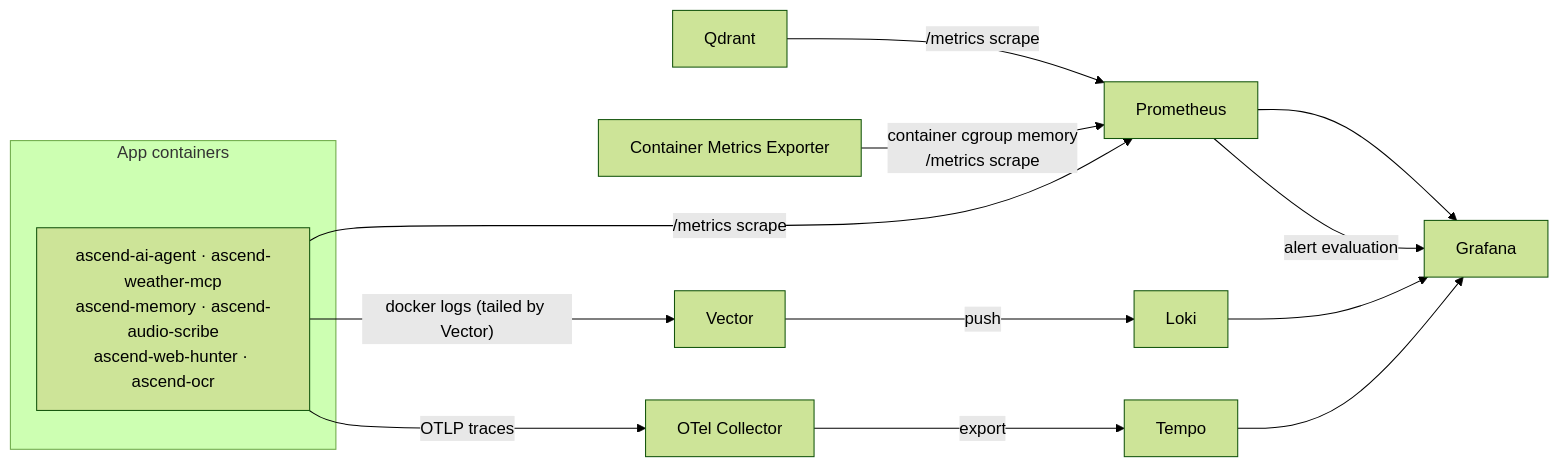
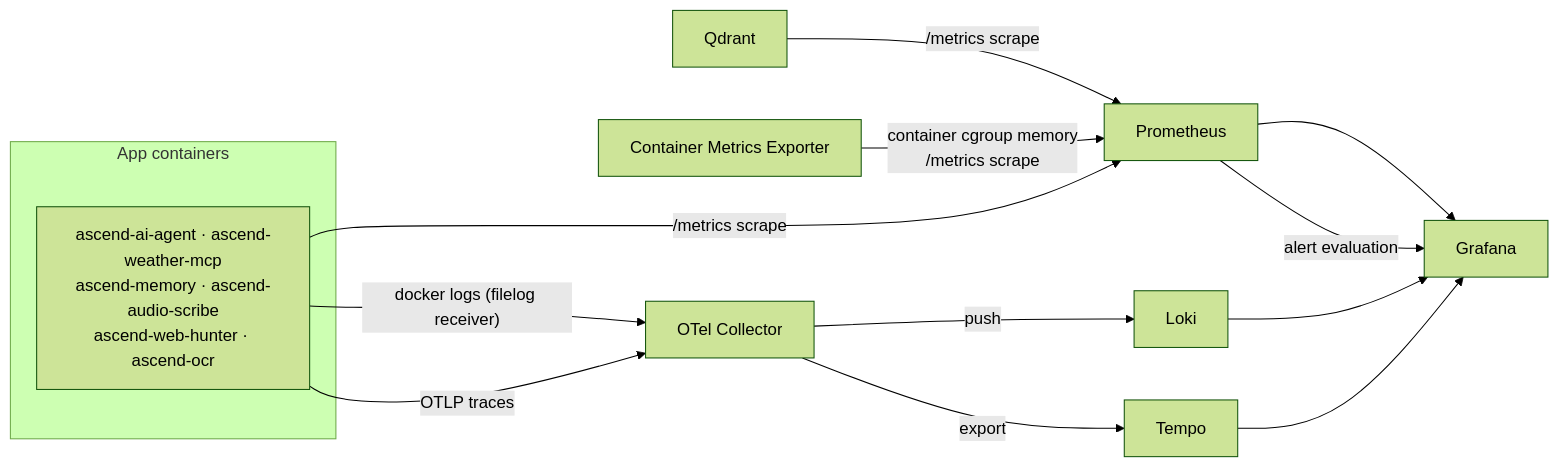
One commit to Lukk17/AscendAI changed the diagram in infra/observability/README.md. Above: the diagram before and after it, drawn with Mermaid (forest theme). The commit also changed other lines of this file and 10 other files, not shown here.

````diff
--- a/infra/observability/README.md
+++ b/infra/observability/README.md
@@ -15,21 +15,21 @@
 ```mermaid
 graph LR
     subgraph "App containers"
         SVC["ascend-ai-agent · ascend-weather-mcp<br/>ascend-memory · ascend-audio-scribe<br/>ascend-web-hunter · ascend-ocr"]
     end
 
     SVC -->|"/metrics scrape"| PROM["Prometheus"]
     QD["Qdrant"] -->|"/metrics scrape"| PROM
     CADV["Container Metrics Exporter"] -->|"container cgroup memory<br/>/metrics scrape"| PROM
 
-    SVC -->|"docker logs (tailed by Vector)"| VEC["Vector"]
-    VEC -->|"push"| LOKI["Loki"]
+    SVC -->|"docker logs (filelog receiver)"| OTEL["OTel Collector"]
+    OTEL -->|"push"| LOKI["Loki"]
 
-    SVC -->|"OTLP traces"| OTEL["OTel Collector"]
+    SVC -->|"OTLP traces"| OTEL
     OTEL -->|"export"| TEMPO["Tempo"]
 
     PROM --> GRAF["Grafana"]
     LOKI --> GRAF
     TEMPO --> GRAF
     PROM -->|"alert evaluation"| GRAF
 ```
````
